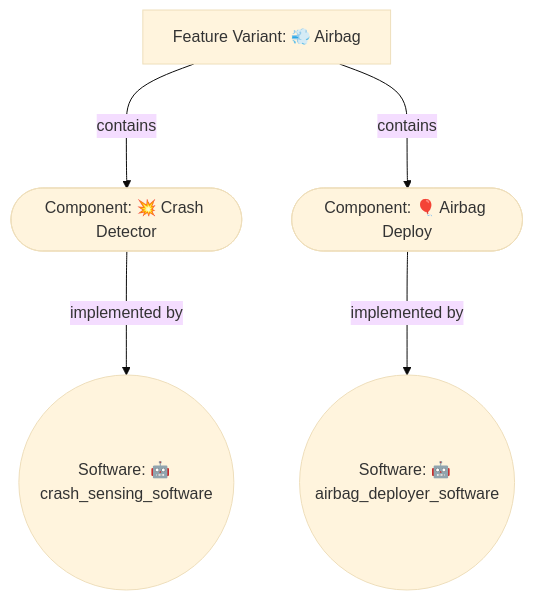
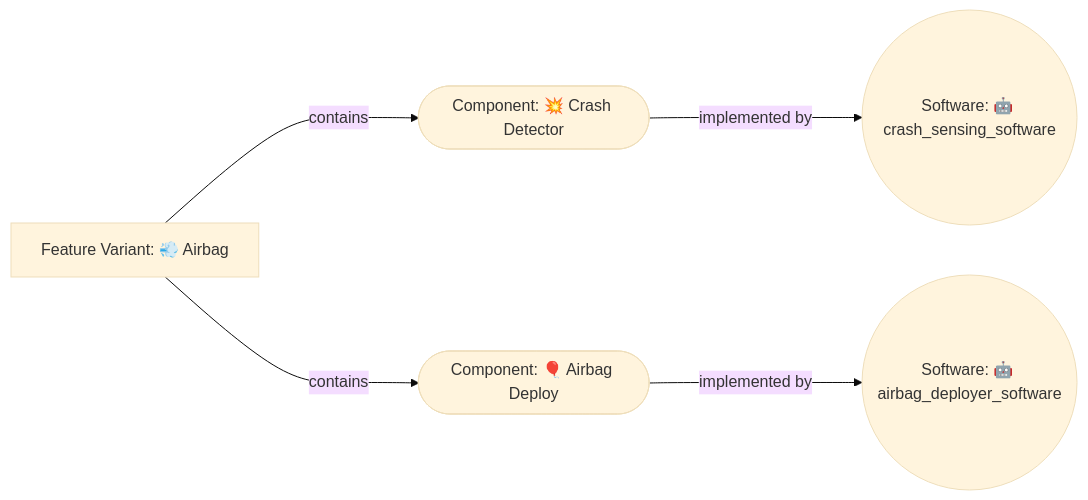
The diagram in docs/module-2/creating-a-display-application.md (spread-ai/docs-comments), drawn with Mermaid (base theme) before and after one commit.

````diff
--- a/docs/module-2/creating-a-display-application.md
+++ b/docs/module-2/creating-a-display-application.md
@@ -15,7 +15,7 @@
 ```mermaid
-flowchart TD;
+flowchart LR;
     	A["Feature Variant: 💨 Airbag"]-- contains --->C(["Component: 💥 Crash Detector"]);
      A["Feature Variant: 💨 Airbag"]-- contains --->B(["Component: 🎈 Airbag Deploy"]);
 	C(["Component: 💥 Crash Detector"])-- implemented by --->D(("Software: 🤖 crash_sensing_software"));
      B(["Component: 🎈 Airbag Deploy"])-- implemented by --->E(("Software: 🤖 airbag_deployer_software"));
 ```
````
